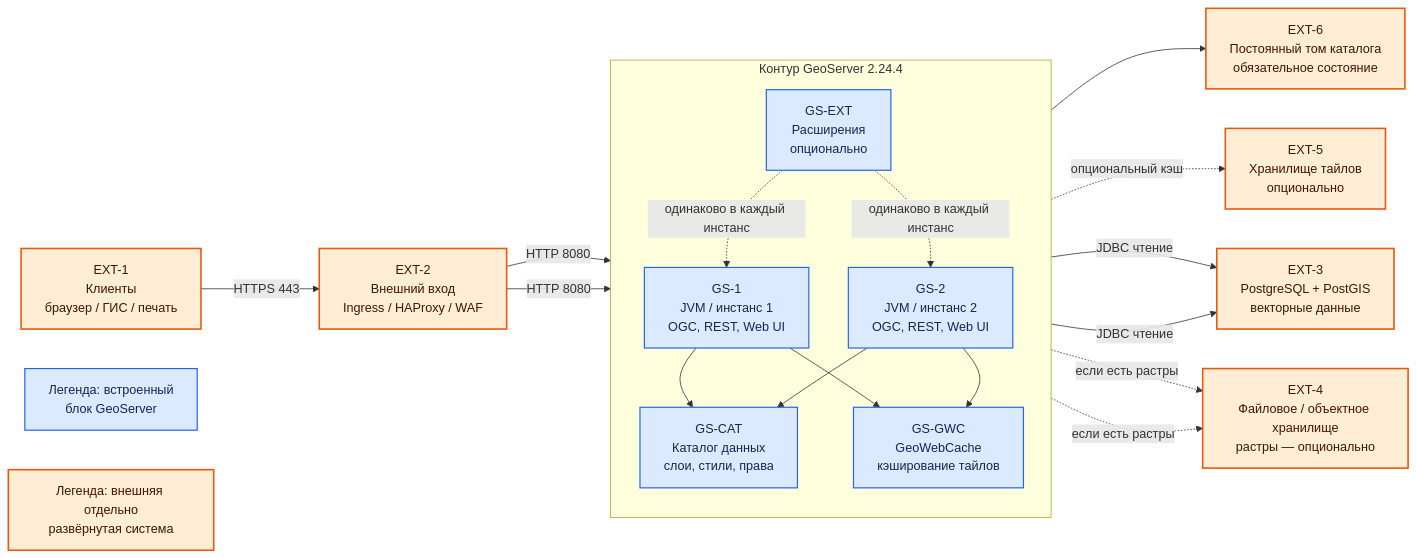
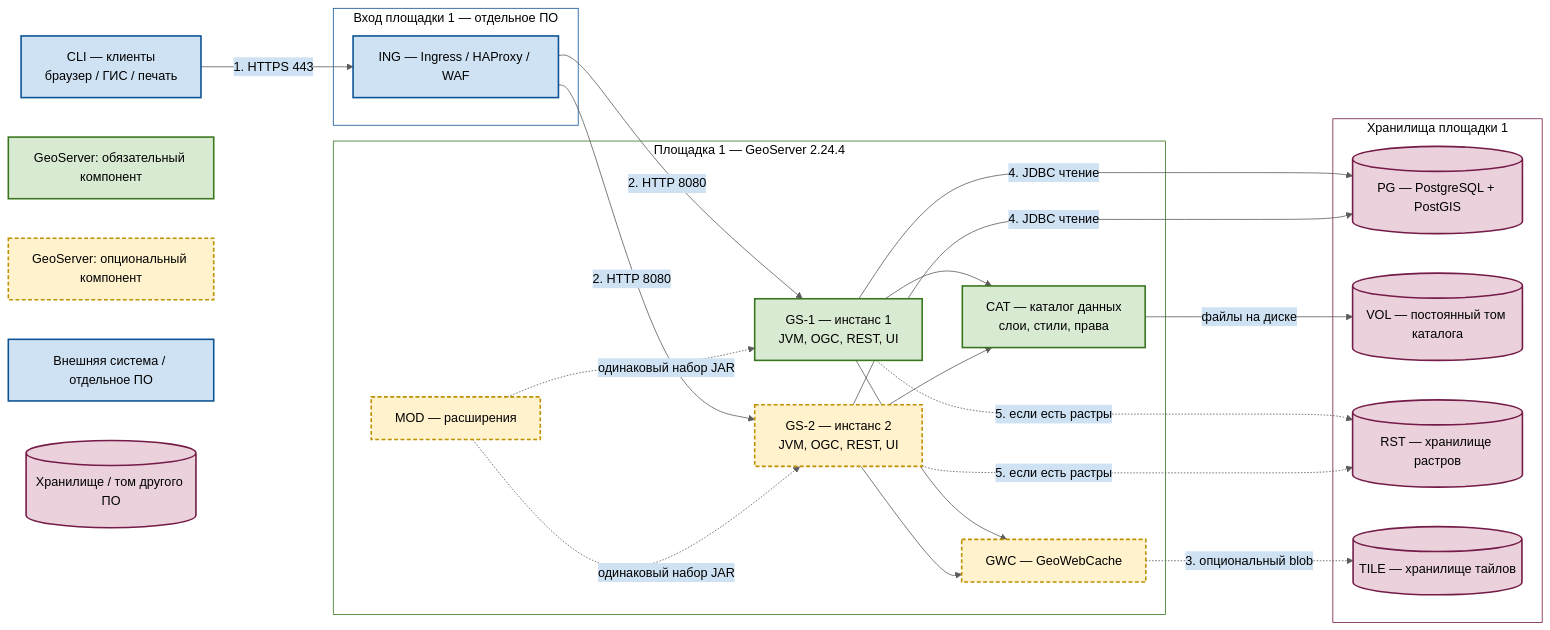
Before and after one commit to StrannikE95/WORK-platform_companents: the second of 2 diagrams in Out/ГИС-платформа/GeoServer/GeoServer.md, drawn with Mermaid. The commit also changed other lines of this file and 13 other files, not shown here.

````diff
--- a/Out/ГИС-платформа/GeoServer/GeoServer.md
+++ b/Out/ГИС-платформа/GeoServer/GeoServer.md
@@ -57,42 +63,68 @@
 ```mermaid
+%%{init: {"theme": "base", "themeVariables": {"primaryColor": "#d9ead3", "primaryTextColor": "#000000", "primaryBorderColor": "#38761d", "lineColor": "#5b5b5b", "secondaryColor": "#cfe2f3", "tertiaryColor": "#fff2cc", "clusterBkg": "transparent", "clusterBorder": "#666666"}}}%%
 flowchart LR
-  C["EXT-1<br/>Клиенты<br/>браузер / ГИС / печать"]
-  EDGE["EXT-2<br/>Внешний вход<br/>Ingress / HAProxy / WAF"]
+  CLI["CLI — клиенты<br/>браузер / ГИС / печать"]
 
-  subgraph GS["Контур GeoServer 2.24.4"]
-    direction TB
-    N1["GS-1<br/>JVM / инстанс 1<br/>OGC, REST, Web UI"]
-    N2["GS-2<br/>JVM / инстанс 2<br/>OGC, REST, Web UI"]
-    CAT["GS-CAT<br/>Каталог данных<br/>слои, стили, права"]
-    GWC["GS-GWC<br/>GeoWebCache<br/>кэширование тайлов"]
-    PLUG["GS-EXT<br/>Расширения<br/>опционально"]
+  subgraph EDGE["Вход площадки 1 — отдельное ПО"]
+    ING["ING — Ingress / HAProxy / WAF"]
   end
 
-  PG["EXT-3<br/>PostgreSQL + PostGIS<br/>векторные данные"]
-  RASTER["EXT-4<br/>Файловое / объектное хранилище<br/>растры — опционально"]
-  TILE["EXT-5<br/>Хранилище тайлов<br/>опционально"]
-  VOL["EXT-6<br/>Постоянный том каталога<br/>обязательное состояние"]
-  LB["Легенда: встроенный<br/>блок GeoServer"]
-  LE["Легенда: внешняя отдельно<br/>развёрнутая система"]
+  subgraph SITE["Площадка 1 — GeoServer 2.24.4"]
+    GS1["GS-1 — инстанс 1<br/>JVM, OGC, REST, UI"]
+    GS2["GS-2 — инстанс 2<br/>JVM, OGC, REST, UI"]
+    CAT["CAT — каталог данных<br/>слои, стили, права"]
+    GWC["GWC — GeoWebCache"]
+    MOD["MOD — расширения"]
+  end
 
-  C -->|"HTTPS 443"| EDGE
-  EDGE -->|"HTTP 8080"| N1
-  EDGE -->|"HTTP 8080"| N2
-  N1 --> CAT
-  N2 --> CAT
-  CAT --> VOL
-  N1 --> GWC
-  N2 --> GWC
-  GWC -. "опциональный кэш" .-> TILE
-  N1 -->|"JDBC чтение"| PG
-  N2 -->|"JDBC чтение"| PG
-  N1 -. "если есть растры" .-> RASTER
-  N2 -. "если есть растры" .-> RASTER
-  PLUG -. "одинаково в каждый инстанс" .-> N1
-  PLUG -. "одинаково в каждый инстанс" .-> N2
+  subgraph DATA["Хранилища площадки 1"]
+    PG[("PG — PostgreSQL + PostGIS")]
+    VOL[("VOL — постоянный том каталога")]
+    RST[("RST — хранилище растров")]
+    TILE[("TILE — хранилище тайлов")]
+  end
 
-  classDef builtin fill:#dbeafe,stroke:#2563eb,color:#172554,stroke-width:1.5px;
-  classDef external fill:#ffedd5,stroke:#ea580c,color:#431407,stroke-width:2px;
-  class N1,N2,CAT,GWC,PLUG,LB builtin;
-  class C,EDGE,PG,RASTER,TILE,VOL,LE external;
+  CLI -->|"1. HTTPS 443"| ING
+  ING -->|"2. HTTP 8080"| GS1
+  ING -->|"2. HTTP 8080"| GS2
+  GS1 --> CAT
+  GS2 --> CAT
+  CAT -->|"файлы на диске"| VOL
+  GS1 --> GWC
+  GS2 --> GWC
+  GWC -.->|"3. опциональный blob"| TILE
+  GS1 -->|"4. JDBC чтение"| PG
+  GS2 -->|"4. JDBC чтение"| PG
+  GS1 -.->|"5. если есть растры"| RST
+  GS2 -.->|"5. если есть растры"| RST
+  MOD -.->|"одинаковый набор JAR"| GS1
+  MOD -.->|"одинаковый набор JAR"| GS2
+
+  L_GS["GeoServer: обязательный компонент"]
+  L_OPT["GeoServer: опциональный компонент"]
+  L_EXT["Внешняя система / отдельное ПО"]
+  L_DATA[("Хранилище / том другого ПО")]
+
+  style EDGE fill:none,stroke:#0b5394,color:#000000
+  style SITE fill:none,stroke:#38761d,color:#000000
+  style DATA fill:none,stroke:#741b47,color:#000000
+
+  style GS1 fill:#d9ead3,stroke:#38761d,color:#000000,stroke-width:2px
+  style CAT fill:#d9ead3,stroke:#38761d,color:#000000,stroke-width:2px
+  style L_GS fill:#d9ead3,stroke:#38761d,color:#000000,stroke-width:2px
+
+  style GS2 fill:#fff2cc,stroke:#bf9000,color:#000000,stroke-width:2px,stroke-dasharray:5 3
+  style GWC fill:#fff2cc,stroke:#bf9000,color:#000000,stroke-width:2px,stroke-dasharray:5 3
+  style MOD fill:#fff2cc,stroke:#bf9000,color:#000000,stroke-width:2px,stroke-dasharray:5 3
+  style L_OPT fill:#fff2cc,stroke:#bf9000,color:#000000,stroke-width:2px,stroke-dasharray:5 3
+
+  style CLI fill:#cfe2f3,stroke:#0b5394,color:#000000,stroke-width:2px
+  style ING fill:#cfe2f3,stroke:#0b5394,color:#000000,stroke-width:2px
+  style L_EXT fill:#cfe2f3,stroke:#0b5394,color:#000000,stroke-width:2px
+
+  style PG fill:#ead1dc,stroke:#741b47,color:#000000,stroke-width:2px
+  style VOL fill:#ead1dc,stroke:#741b47,color:#000000,stroke-width:2px
+  style RST fill:#ead1dc,stroke:#741b47,color:#000000,stroke-width:2px
+  style TILE fill:#ead1dc,stroke:#741b47,color:#000000,stroke-width:2px
+  style L_DATA fill:#ead1dc,stroke:#741b47,color:#000000,stroke-width:2px
 ```
````
